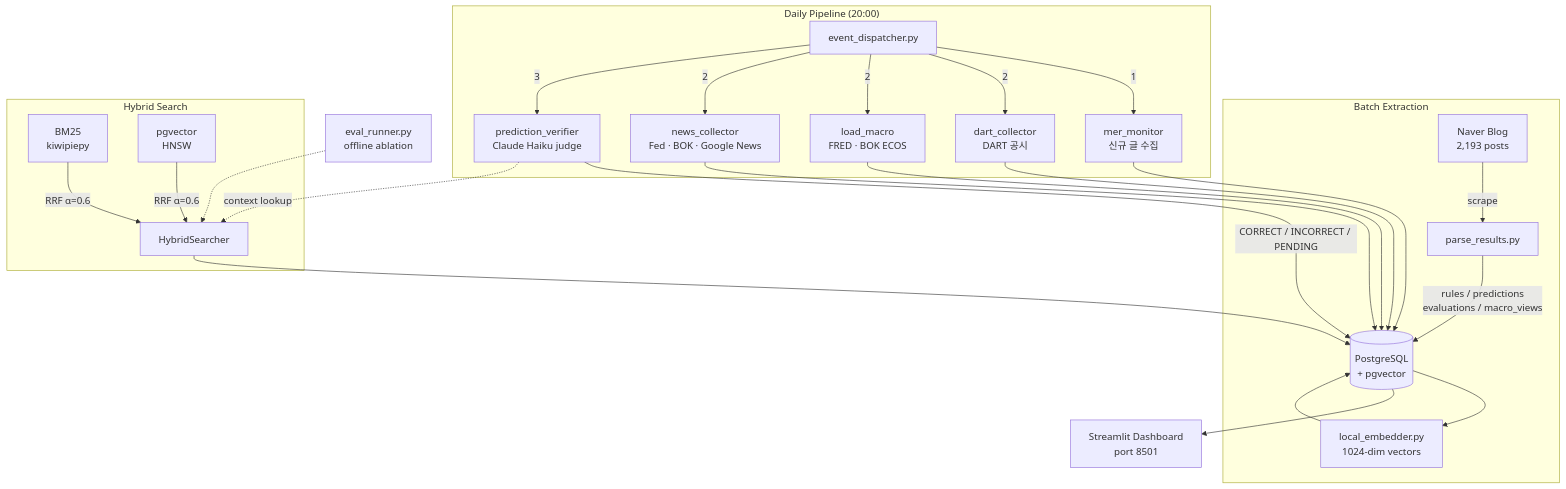
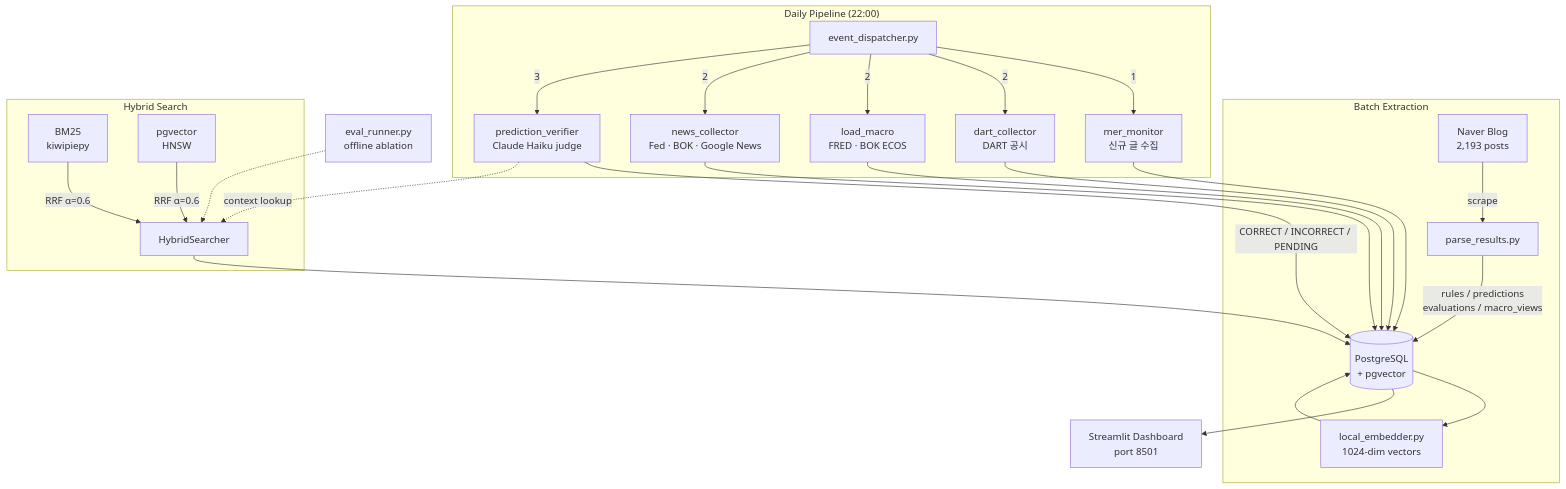
Before and after one commit to 11e3/mer-insight-pipeline: the diagram in README.md, drawn with Mermaid. The commit also changed other lines of this file and 3 other files, not shown here.

First line of the commit message:
chore: change daily pipeline schedule 20:00 → 22:00 KST

````diff
--- a/README.md
+++ b/README.md
@@ -17,31 +17,31 @@
 ```mermaid
 flowchart TD
     subgraph Batch Extraction
         A[Naver Blog<br>2,193 posts] -->|scrape| B[parse_results.py]
         B -->|rules / predictions<br>evaluations / macro_views| C[(PostgreSQL<br>+ pgvector)]
         C --> EMB[local_embedder.py<br>1024-dim vectors]
         EMB --> C
     end
 
-    subgraph "Daily Pipeline (20:00)"
+    subgraph "Daily Pipeline (22:00)"
         ED[event_dispatcher.py] -->|1| MER[mer_monitor<br>신규 글 수집]
         ED -->|2| DC[dart_collector<br>DART 공시]
         ED -->|2| LM[load_macro<br>FRED · BOK ECOS]
         ED -->|2| NC[news_collector<br>Fed · BOK · Google News]
         ED -->|3| PV[prediction_verifier<br>Claude Haiku judge]
         MER --> C
         DC & LM & NC --> C
         PV -->|CORRECT / INCORRECT / PENDING| C
     end
 
     subgraph Hybrid Search
         HS1[BM25<br>kiwipiepy] & HS2[pgvector<br>HNSW] -->|RRF α=0.6| HS3[HybridSearcher]
     end
 
     PV -.->|context lookup| HS3
     HS3 --> C
 
     C --> Q[Streamlit Dashboard<br>port 8501]
 
     EV[eval_runner.py<br>offline ablation] -.-> HS3
 ```
````
